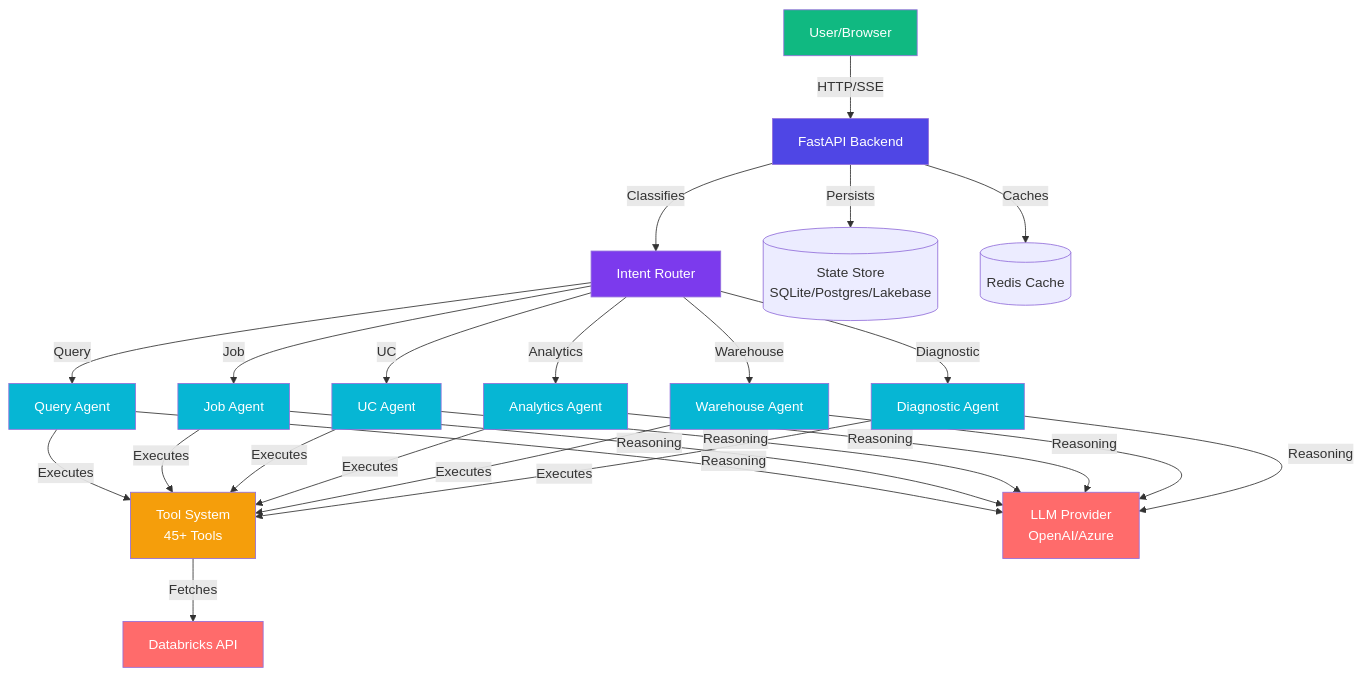
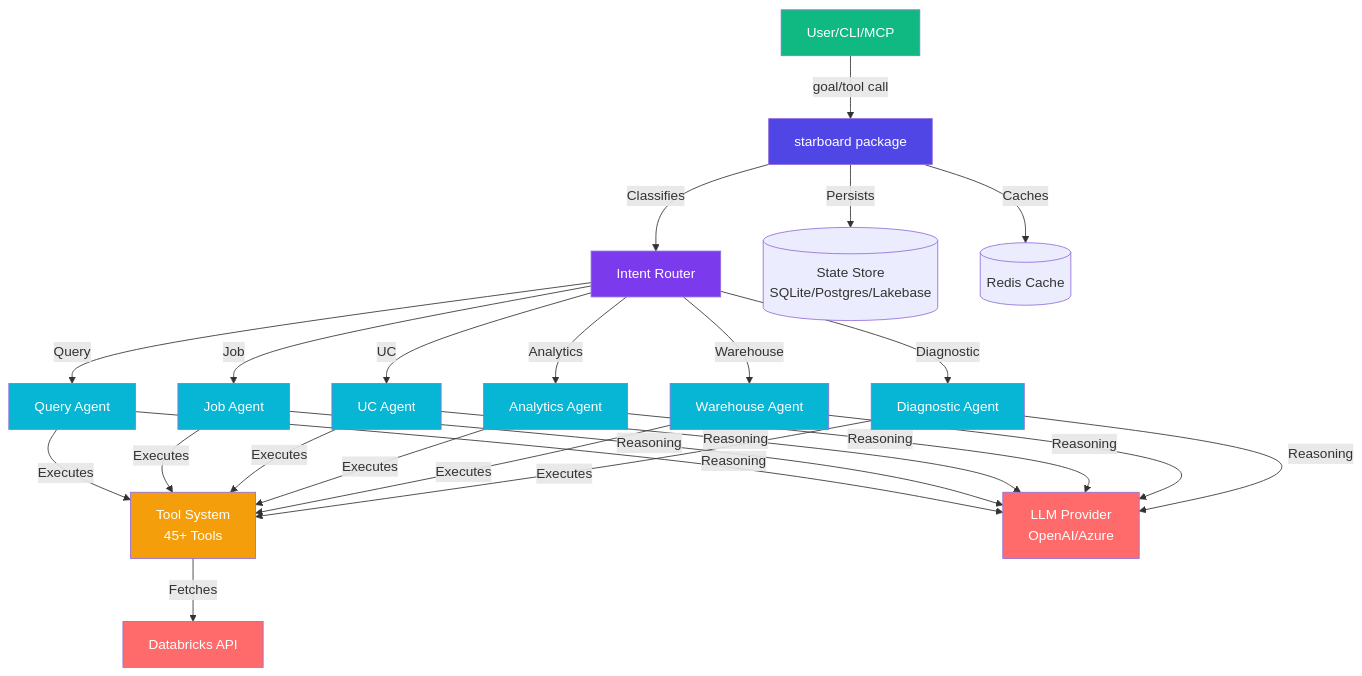
The first of 2 diagrams in docs/index.md (bluewatersql/starboard), drawn with Mermaid before and after one commit. The commit also changed other lines of this file and 2 other files, not shown here.

First line of the commit message:
docs: update index, what-is-starboard, and Claude Code integration for 3-package structure

````diff
--- a/docs/index.md
+++ b/docs/index.md
@@ -9,46 +9,47 @@
 ```mermaid
 %%{init: {'theme':'default', 'themeVariables': {'fontSize':'16px'}}}%%
 
 graph TB
-    User[User/Browser] -->|HTTP/SSE| API[FastAPI Backend]
+    User[User/CLI/MCP] -->|goal/tool call| API[starboard package]
     API -->|Classifies| Router[Intent Router]
 
     Router -->|Query| QueryAgent[Query Agent]
     Router -->|Job| JobAgent[Job Agent]
     Router -->|UC| UCAgent[UC Agent]
     Router -->|Analytics| AnalyticsAgent[Analytics Agent]
     Router -->|Warehouse| WarehouseAgent[Warehouse Agent]
     Router -->|Diagnostic| DiagAgent[Diagnostic Agent]
 
     QueryAgent -->|Executes| Tools[Tool System<br/>45+ Tools]
     JobAgent -->|Executes| Tools
     UCAgent -->|Executes| Tools
     AnalyticsAgent -->|Executes| Tools
     WarehouseAgent -->|Executes| Tools
     DiagAgent -->|Executes| Tools
 
     Tools -->|Fetches| Databricks[Databricks API]
 
     QueryAgent -->|Reasoning| LLMProvider[LLM Provider<br/>OpenAI/Azure]
     JobAgent -->|Reasoning| LLMProvider
     UCAgent -->|Reasoning| LLMProvider
     AnalyticsAgent -->|Reasoning| LLMProvider
     WarehouseAgent -->|Reasoning| LLMProvider
     DiagAgent -->|Reasoning| LLMProvider
 
     API -->|Persists| StateStore[(State Store<br/>SQLite/Postgres/Lakebase)]
     API -->|Caches| Cache[(Redis Cache)]
 
     style User fill:#10b981,color:#fff
     style API fill:#4f46e5,color:#fff
+
     style Router fill:#7c3aed,color:#fff
     style QueryAgent fill:#06b6d4,color:#fff
     style JobAgent fill:#06b6d4,color:#fff
     style UCAgent fill:#06b6d4,color:#fff
     style AnalyticsAgent fill:#06b6d4,color:#fff
     style WarehouseAgent fill:#06b6d4,color:#fff
     style DiagAgent fill:#06b6d4,color:#fff
     style Tools fill:#f59e0b,color:#fff
     style Databricks fill:#ff6b6b,color:#fff
     style LLMProvider fill:#ff6b6b,color:#fff
 ```
````
